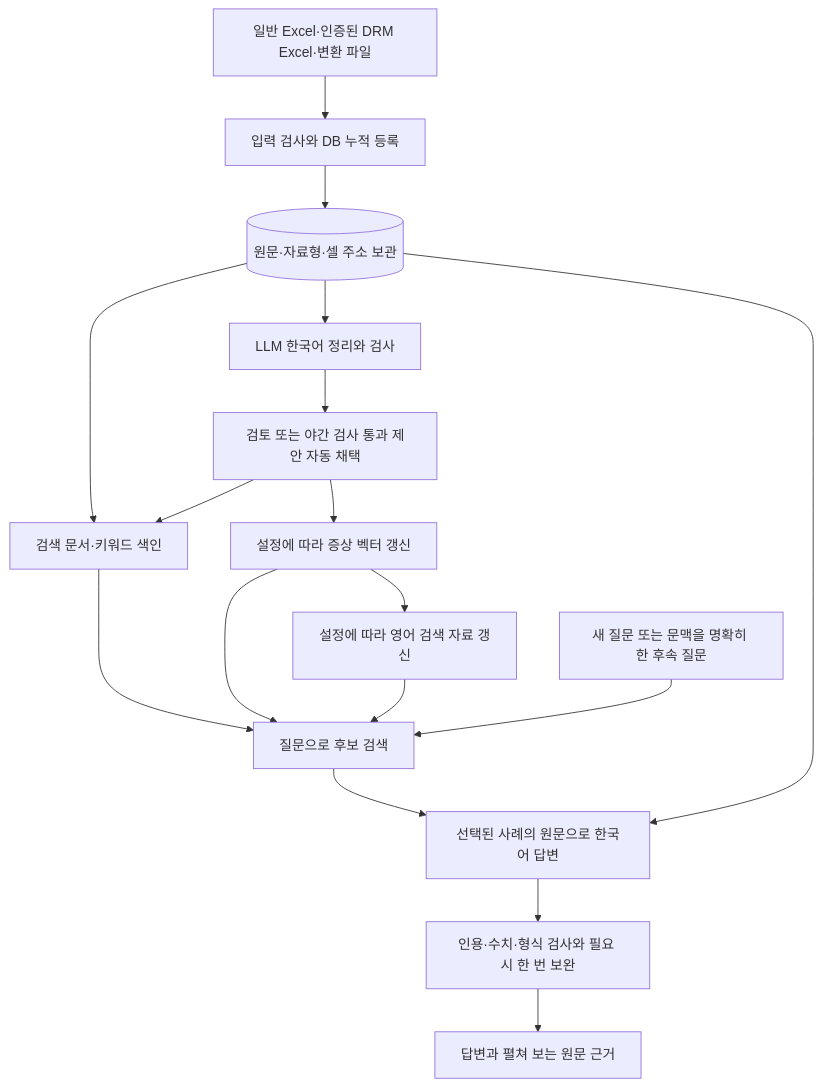
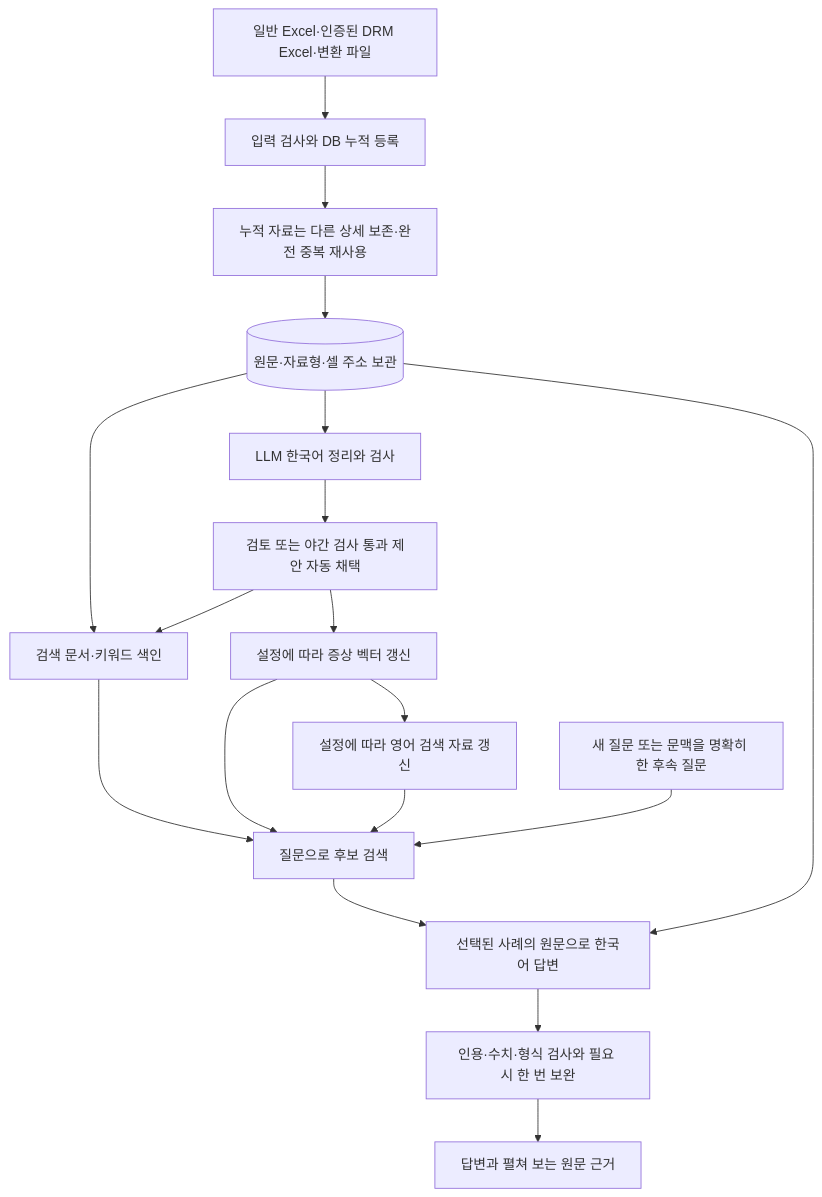
Before and after one commit to pmh10401/cs-excel-rag: the diagram in llm-wiki/시스템-개요.md, drawn with Mermaid. The commit also changed other lines of this file and 26 other files, not shown here.

Commit message:
feat: preserve distinct cumulative CS details and support updated Excel schema

````diff
--- a/llm-wiki/시스템-개요.md
+++ b/llm-wiki/시스템-개요.md
@@ -13,19 +13,20 @@
 ```mermaid
 flowchart TD
     E[일반 Excel·인증된 DRM Excel·변환 파일] --> I[입력 검사와 DB 누적 등록]
-    I --> O[(원문·자료형·셀 주소 보관)]
+    I --> D[누적 자료는 다른 상세 보존·완전 중복 재사용]
+    D --> O[(원문·자료형·셀 주소 보관)]
     O --> N[LLM 한국어 정리와 검사]
     N --> R[검토 또는 야간 검사 통과 제안 자동 채택]
     O --> S[검색 문서·키워드 색인]
     R --> S
     R --> V[설정에 따라 증상 벡터 갱신]
     V --> T[설정에 따라 영어 검색 자료 갱신]
     S --> FIND[질문으로 후보 검색]
     V --> FIND
     T --> FIND
     Q[새 질문 또는 문맥을 명확히 한 후속 질문] --> FIND
     FIND --> A[선택된 사례의 원문으로 한국어 답변]
     O --> A
     A --> C[인용·수치·형식 검사와 필요 시 한 번 보완]
     C --> U[답변과 펼쳐 보는 원문 근거]
 ```
````
